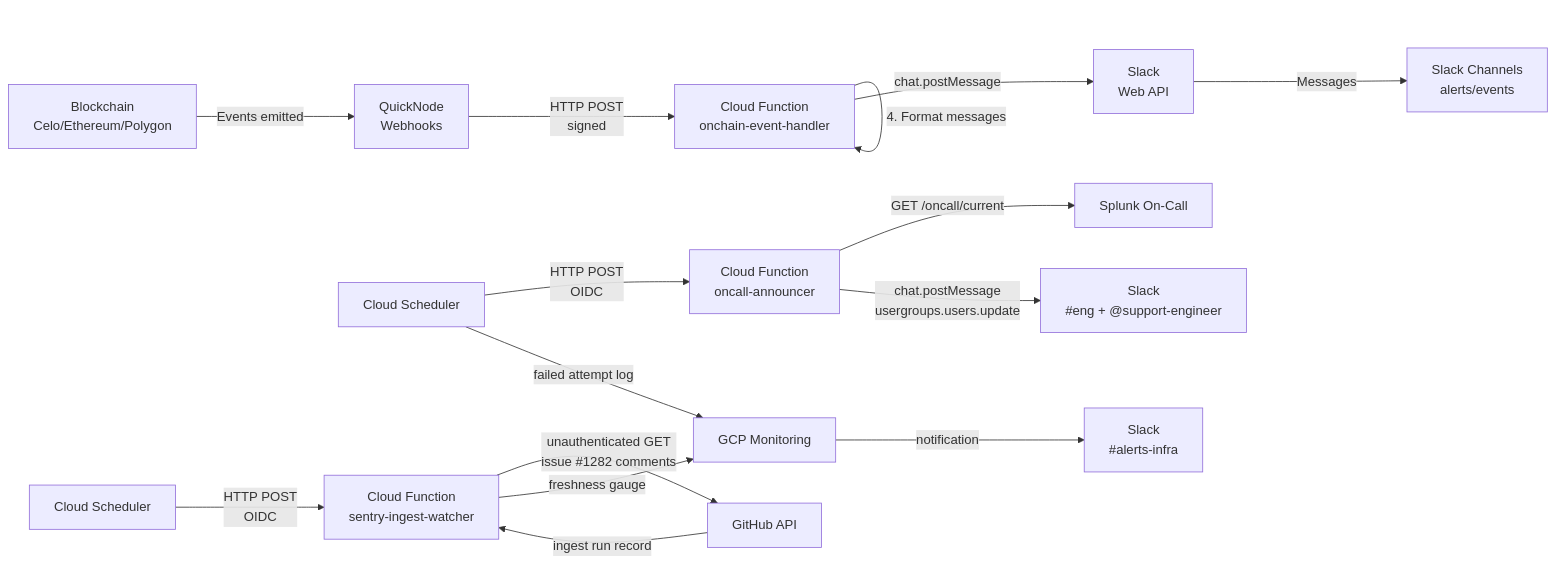
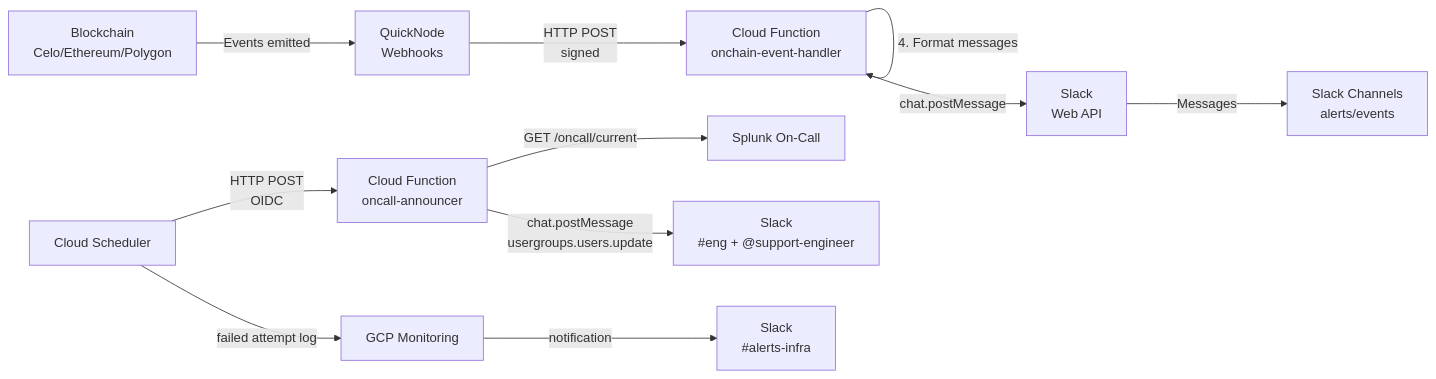
One commit to mento-protocol/monitoring-monorepo changed the diagram in alerts/infra/README.md. Above: the diagram before and after it, drawn with Mermaid. The commit also changed other lines of this file and 23 other files, not shown here.

First line of the commit message:
docs(adr): record ADR 0106 and retire the Sentry pipeline records

````diff
--- a/alerts/infra/README.md
+++ b/alerts/infra/README.md
@@ -30,20 +29,16 @@
 ```mermaid
 graph LR
     A[Blockchain<br/>Celo/Ethereum/Polygon] -->|Events emitted| B[QuickNode<br/>Webhooks]
     B -->|HTTP POST<br/>signed| C[Cloud Function<br/>onchain-event-handler]
     C -->|1. Verify signature| C
     C -->|2. Validate payload| C
     C -->|3. Process events| C
     C -->|4. Format messages| C
     C -->|chat.postMessage| D[Slack<br/>Web API]
     D -->|Messages| E[Slack Channels<br/>alerts/events]
     F[Cloud Scheduler] -->|HTTP POST<br/>OIDC| G[Cloud Function<br/>oncall-announcer]
     G -->|GET /oncall/current| H[Splunk On-Call]
     G -->|chat.postMessage<br/>usergroups.users.update| I[Slack<br/>#eng + @support-engineer]
     F -->|failed attempt log| J[GCP Monitoring]
     J -->|notification| K[Slack<br/>#alerts-infra]
-    L[Cloud Scheduler] -->|HTTP POST<br/>OIDC| M[Cloud Function<br/>sentry-ingest-watcher]
-    M -->|unauthenticated GET<br/>issue #1282 comments| N[GitHub API]
-    N -->|ingest run record| M
-    M -->|freshness gauge| J
 ```
````
